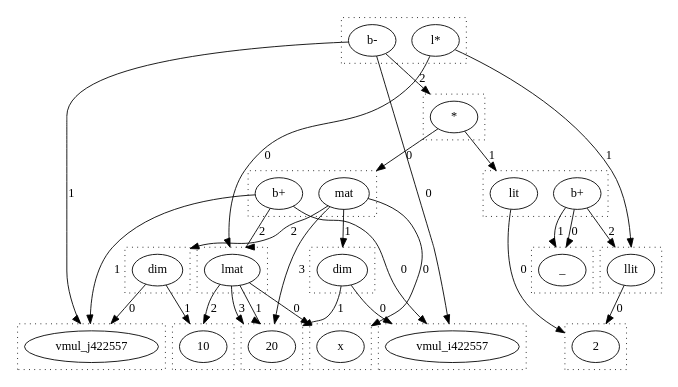
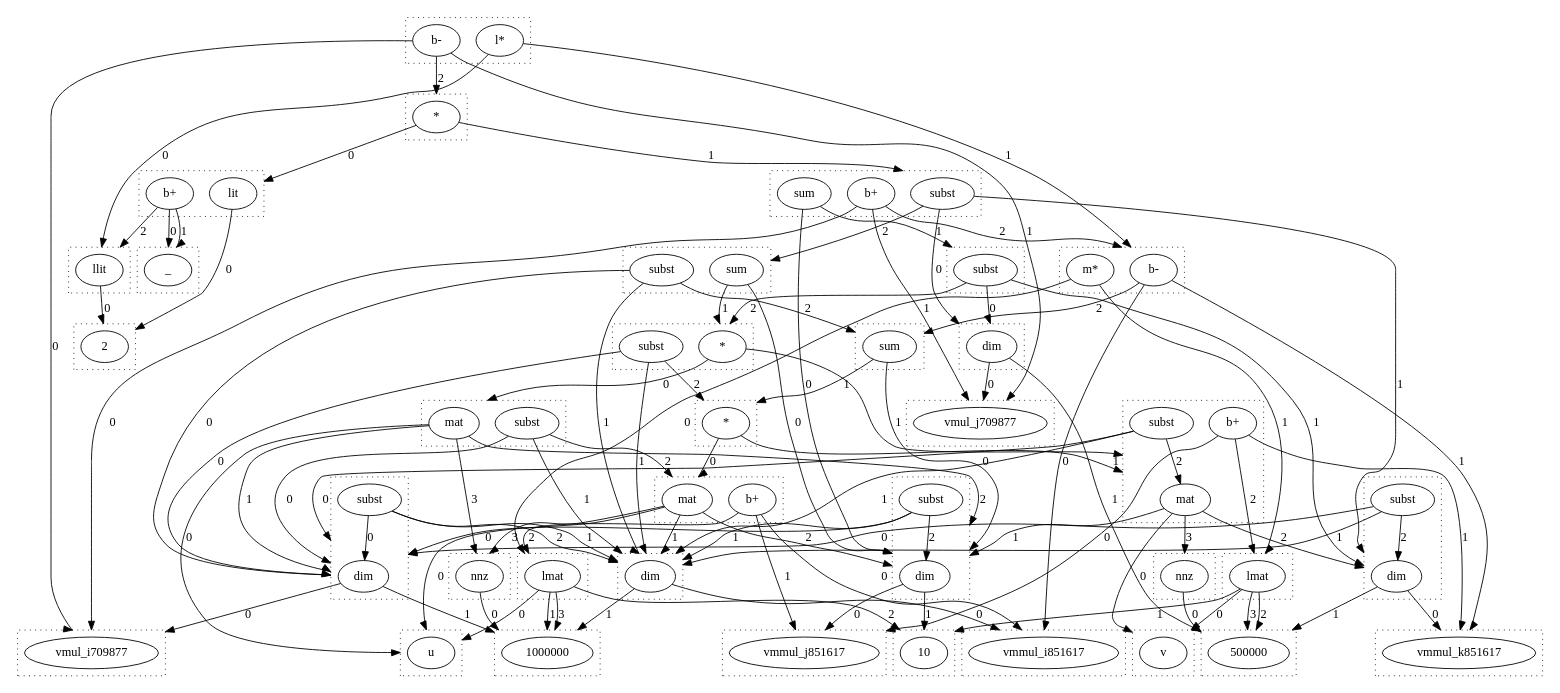
Before and after one commit to wormhole-optimization/warp: the diagram in dots/lmul.dot, drawn with Graphviz. The commit also changed 10 other files, not shown here.

```diff
--- a/dots/lmul.dot
+++ b/dots/lmul.dot
@@ -2,92 +2,251 @@
   compound=true
   subgraph cluster_0 {
     style=dotted
-    0.0[label = "x"]
+    0.0[label = "2"]
   }
   subgraph cluster_1 {
     style=dotted
-    1.0[label = "20"]
+    1.0[label = "llit"]
   }
   subgraph cluster_2 {
     style=dotted
-    2.0[label = "10"]
+    2.0[label = "u"]
   }
   subgraph cluster_3 {
     style=dotted
-    3.0[label = "lmat"]
+    3.0[label = "1000000"]
   }
   subgraph cluster_4 {
     style=dotted
-    4.0[label = "2"]
+    4.0[label = "10"]
   }
   subgraph cluster_5 {
     style=dotted
-    5.0[label = "llit"]
+    5.0[label = "lmat"]
   }
   subgraph cluster_6 {
     style=dotted
-    6.0[label = "b-"]
-    6.1[label = "l*"]
+    6.0[label = "v"]
   }
   subgraph cluster_7 {
     style=dotted
-    7.0[label = "vmul_i422557"]
+    7.0[label = "500000"]
   }
   subgraph cluster_8 {
     style=dotted
-    8.0[label = "vmul_j422557"]
+    8.0[label = "lmat"]
   }
   subgraph cluster_9 {
     style=dotted
-    9.0[label = "mat"]
-    9.1[label = "b+"]
+    9.0[label = "b-"]
+    9.1[label = "m*"]
   }
   subgraph cluster_10 {
     style=dotted
-    10.0[label = "_"]
+    10.0[label = "b-"]
+    10.1[label = "l*"]
   }
   subgraph cluster_11 {
     style=dotted
-    11.0[label = "lit"]
-    11.1[label = "b+"]
+    11.0[label = "vmul_i709877"]
   }
   subgraph cluster_12 {
     style=dotted
-    12.0[label = "*"]
+    12.0[label = "vmul_j709877"]
+  }
+  subgraph cluster_13 {
+    style=dotted
+    13.0[label = "_"]
   }
   subgraph cluster_14 {
     style=dotted
-    14.0[label = "dim"]
+    14.0[label = "lit"]
+    14.1[label = "b+"]
   }
   subgraph cluster_15 {
     style=dotted
-    15.0[label = "dim"]
+    15.0[label = "subst"]
+    15.1[label = "b+"]
+    15.2[label = "sum"]
   }
-  3.0 -> 0.0 [lhead = cluster_0, label = 0]
-  3.0 -> 1.0 [lhead = cluster_1, label = 1]
-  3.0 -> 2.0 [lhead = cluster_2, label = 2]
-  3.0 -> 1.0 [lhead = cluster_1, label = 3]
-  5.0 -> 4.0 [lhead = cluster_4, label = 0]
-  6.0 -> 7.0 [lhead = cluster_7, label = 0]
-  6.0 -> 8.0 [lhead = cluster_8, label = 1]
-  6.0 -> 12.0 [lhead = cluster_12, label = 2]
-  6.1 -> 3.0 [lhead = cluster_3, label = 0]
-  6.1 -> 5.0 [lhead = cluster_5, label = 1]
-  9.0 -> 0.0 [lhead = cluster_0, label = 0]
-  9.0 -> 14.0 [lhead = cluster_14, label = 1]
-  9.0 -> 15.0 [lhead = cluster_15, label = 2]
-  9.0 -> 1.0 [lhead = cluster_1, label = 3]
-  9.1 -> 7.0 [lhead = cluster_7, label = 0]
+  subgraph cluster_16 {
+    style=dotted
+    16.0[label = "*"]
+  }
+  subgraph cluster_18 {
+    style=dotted
+    18.0[label = "vmmul_i851617"]
+  }
+  subgraph cluster_19 {
+    style=dotted
+    19.0[label = "vmmul_k851617"]
+  }
+  subgraph cluster_20 {
+    style=dotted
+    20.0[label = "vmmul_j851617"]
+  }
+  subgraph cluster_22 {
+    style=dotted
+    22.0[label = "mat"]
+    22.1[label = "b+"]
+  }
+  subgraph cluster_24 {
+    style=dotted
+    24.0[label = "*"]
+  }
+  subgraph cluster_25 {
+    style=dotted
+    25.0[label = "sum"]
+  }
+  subgraph cluster_27 {
+    style=dotted
+    27.0[label = "dim"]
+  }
+  subgraph cluster_30 {
+    style=dotted
+    30.0[label = "dim"]
+  }
+  subgraph cluster_31 {
+    style=dotted
+    31.0[label = "sum"]
+    31.1[label = "subst"]
+  }
+  subgraph cluster_33 {
+    style=dotted
+    33.0[label = "*"]
+    33.1[label = "subst"]
+  }
+  subgraph cluster_35 {
+    style=dotted
+    35.0[label = "nnz"]
+  }
+  subgraph cluster_37 {
+    style=dotted
+    37.0[label = "nnz"]
+  }
+  subgraph cluster_40 {
+    style=dotted
+    40.0[label = "mat"]
+    40.1[label = "subst"]
+  }
+  subgraph cluster_41 {
+    style=dotted
+    41.0[label = "mat"]
+    41.1[label = "b+"]
+    41.2[label = "subst"]
+  }
+  subgraph cluster_43 {
+    style=dotted
+    43.0[label = "dim"]
+    43.1[label = "subst"]
+  }
+  subgraph cluster_44 {
+    style=dotted
+    44.0[label = "dim"]
+    44.1[label = "subst"]
+  }
+  subgraph cluster_46 {
+    style=dotted
+    46.0[label = "dim"]
+    46.1[label = "subst"]
+  }
+  subgraph cluster_48 {
+    style=dotted
+    48.0[label = "subst"]
+  }
+  1.0 -> 0.0 [lhead = cluster_0, label = 0]
+  5.0 -> 2.0 [lhead = cluster_2, label = 0]
+  5.0 -> 3.0 [lhead = cluster_3, label = 1]
+  5.0 -> 4.0 [lhead = cluster_4, label = 2]
+  5.0 -> 3.0 [lhead = cluster_3, label = 3]
+  8.0 -> 6.0 [lhead = cluster_6, label = 0]
+  8.0 -> 4.0 [lhead = cluster_4, label = 1]
+  8.0 -> 7.0 [lhead = cluster_7, label = 2]
+  8.0 -> 7.0 [lhead = cluster_7, label = 3]
+  9.0 -> 18.0 [lhead = cluster_18, label = 0]
+  9.0 -> 19.0 [lhead = cluster_19, label = 1]
+  9.0 -> 25.0 [lhead = cluster_25, label = 2]
+  9.1 -> 5.0 [lhead = cluster_5, label = 0]
   9.1 -> 8.0 [lhead = cluster_8, label = 1]
-  9.1 -> 3.0 [lhead = cluster_3, label = 2]
-  11.0 -> 4.0 [lhead = cluster_4, label = 0]
-  11.1 -> 10.0 [lhead = cluster_10, label = 0]
-  11.1 -> 10.0 [lhead = cluster_10, label = 1]
-  11.1 -> 5.0 [lhead = cluster_5, label = 2]
-  12.0 -> 9.0 [lhead = cluster_9, label = 0]
-  12.0 -> 11.0 [lhead = cluster_11, label = 1]
-  14.0 -> 7.0 [lhead = cluster_7, label = 0]
-  14.0 -> 1.0 [lhead = cluster_1, label = 1]
-  15.0 -> 8.0 [lhead = cluster_8, label = 0]
-  15.0 -> 2.0 [lhead = cluster_2, label = 1]
+  10.0 -> 11.0 [lhead = cluster_11, label = 0]
+  10.0 -> 12.0 [lhead = cluster_12, label = 1]
+  10.0 -> 16.0 [lhead = cluster_16, label = 2]
+  10.1 -> 1.0 [lhead = cluster_1, label = 0]
+  10.1 -> 9.0 [lhead = cluster_9, label = 1]
+  14.0 -> 0.0 [lhead = cluster_0, label = 0]
+  14.1 -> 13.0 [lhead = cluster_13, label = 0]
+  14.1 -> 13.0 [lhead = cluster_13, label = 1]
+  14.1 -> 1.0 [lhead = cluster_1, label = 2]
+  15.0 -> 27.0 [lhead = cluster_27, label = 0]
+  15.0 -> 46.0 [lhead = cluster_46, label = 1]
+  15.0 -> 31.0 [lhead = cluster_31, label = 2]
+  15.1 -> 11.0 [lhead = cluster_11, label = 0]
+  15.1 -> 12.0 [lhead = cluster_12, label = 1]
+  15.1 -> 9.0 [lhead = cluster_9, label = 2]
+  15.2 -> 44.0 [lhead = cluster_44, label = 0]
+  15.2 -> 48.0 [lhead = cluster_48, label = 1]
+  16.0 -> 14.0 [lhead = cluster_14, label = 0]
+  16.0 -> 15.0 [lhead = cluster_15, label = 1]
+  22.0 -> 2.0 [lhead = cluster_2, label = 0]
+  22.0 -> 30.0 [lhead = cluster_30, label = 1]
+  22.0 -> 44.0 [lhead = cluster_44, label = 2]
+  22.0 -> 35.0 [lhead = cluster_35, label = 3]
+  22.1 -> 18.0 [lhead = cluster_18, label = 0]
+  22.1 -> 20.0 [lhead = cluster_20, label = 1]
+  22.1 -> 5.0 [lhead = cluster_5, label = 2]
+  24.0 -> 22.0 [lhead = cluster_22, label = 0]
+  24.0 -> 41.0 [lhead = cluster_41, label = 1]
+  25.0 -> 44.0 [lhead = cluster_44, label = 0]
+  25.0 -> 24.0 [lhead = cluster_24, label = 1]
+  27.0 -> 12.0 [lhead = cluster_12, label = 0]
+  27.0 -> 7.0 [lhead = cluster_7, label = 1]
+  30.0 -> 18.0 [lhead = cluster_18, label = 0]
+  30.0 -> 3.0 [lhead = cluster_3, label = 1]
+  31.0 -> 44.0 [lhead = cluster_44, label = 0]
+  31.0 -> 33.0 [lhead = cluster_33, label = 1]
+  31.1 -> 43.0 [lhead = cluster_43, label = 0]
+  31.1 -> 30.0 [lhead = cluster_30, label = 1]
+  31.1 -> 25.0 [lhead = cluster_25, label = 2]
+  33.0 -> 40.0 [lhead = cluster_40, label = 0]
+  33.0 -> 41.0 [lhead = cluster_41, label = 1]
+  33.1 -> 43.0 [lhead = cluster_43, label = 0]
+  33.1 -> 30.0 [lhead = cluster_30, label = 1]
+  33.1 -> 24.0 [lhead = cluster_24, label = 2]
+  35.0 -> 3.0 [lhead = cluster_3, label = 0]
+  37.0 -> 7.0 [lhead = cluster_7, label = 0]
+  40.0 -> 2.0 [lhead = cluster_2, label = 0]
+  40.0 -> 43.0 [lhead = cluster_43, label = 1]
+  40.0 -> 44.0 [lhead = cluster_44, label = 2]
+  40.0 -> 35.0 [lhead = cluster_35, label = 3]
+  40.1 -> 43.0 [lhead = cluster_43, label = 0]
+  40.1 -> 30.0 [lhead = cluster_30, label = 1]
+  40.1 -> 22.0 [lhead = cluster_22, label = 2]
+  41.0 -> 6.0 [lhead = cluster_6, label = 0]
+  41.0 -> 44.0 [lhead = cluster_44, label = 1]
+  41.0 -> 46.0 [lhead = cluster_46, label = 2]
+  41.0 -> 37.0 [lhead = cluster_37, label = 3]
+  41.1 -> 20.0 [lhead = cluster_20, label = 0]
+  41.1 -> 19.0 [lhead = cluster_19, label = 1]
+  41.1 -> 8.0 [lhead = cluster_8, label = 2]
+  41.2 -> 43.0 [lhead = cluster_43, label = 0]
+  41.2 -> 30.0 [lhead = cluster_30, label = 1]
+  41.2 -> 41.0 [lhead = cluster_41, label = 2]
+  43.0 -> 11.0 [lhead = cluster_11, label = 0]
+  43.0 -> 3.0 [lhead = cluster_3, label = 1]
+  43.1 -> 43.0 [lhead = cluster_43, label = 0]
+  43.1 -> 30.0 [lhead = cluster_30, label = 1]
+  43.1 -> 30.0 [lhead = cluster_30, label = 2]
+  44.0 -> 20.0 [lhead = cluster_20, label = 0]
+  44.0 -> 4.0 [lhead = cluster_4, label = 1]
+  44.1 -> 43.0 [lhead = cluster_43, label = 0]
+  44.1 -> 30.0 [lhead = cluster_30, label = 1]
+  44.1 -> 44.0 [lhead = cluster_44, label = 2]
+  46.0 -> 19.0 [lhead = cluster_19, label = 0]
+  46.0 -> 7.0 [lhead = cluster_7, label = 1]
+  46.1 -> 43.0 [lhead = cluster_43, label = 0]
+  46.1 -> 30.0 [lhead = cluster_30, label = 1]
+  46.1 -> 46.0 [lhead = cluster_46, label = 2]
+  48.0 -> 27.0 [lhead = cluster_27, label = 0]
+  48.0 -> 46.0 [lhead = cluster_46, label = 1]
+  48.0 -> 33.0 [lhead = cluster_33, label = 2]
 }
```
